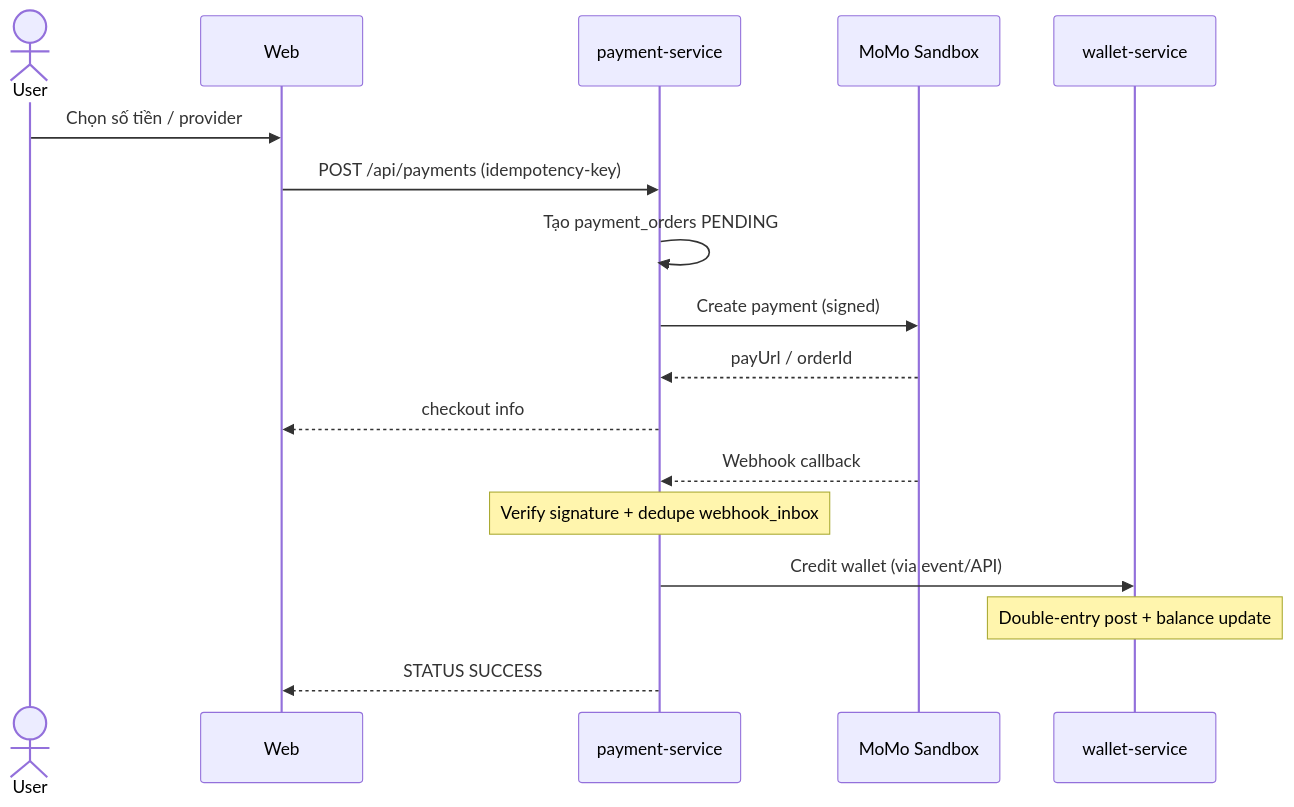
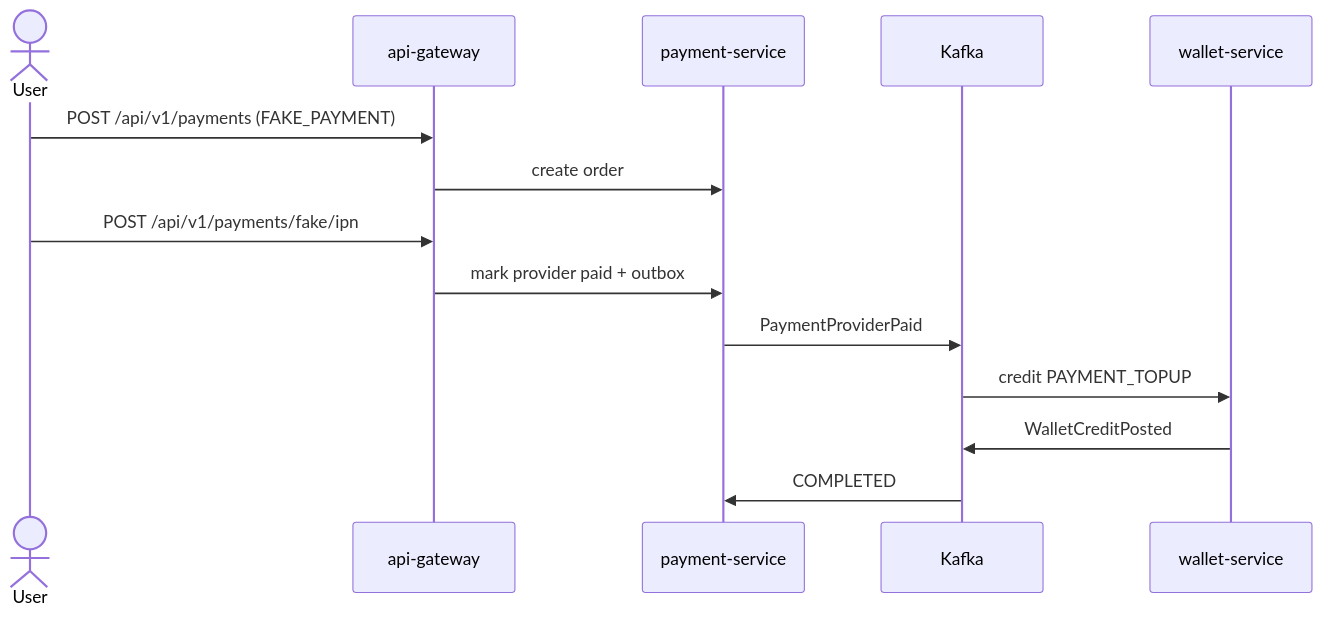
One commit to HuuThanh1610/family-finance-platform changed the first of 2 diagrams in docs/architecture/sequences.md. Above: the diagram before and after it, drawn with Mermaid. The commit also changed other lines of this file and 6 other files, not shown here.

First line of the commit message:
docs: reconcile stale architecture claims with verified source

````diff
--- a/docs/architecture/sequences.md
+++ b/docs/architecture/sequences.md
@@ -5,19 +12,16 @@
 ```mermaid
 sequenceDiagram
   actor User
-  participant Web
-  participant Payment as payment-service
-  participant Provider as MoMo Sandbox
-  participant Wallet as wallet-service
-  User->>Web: Chọn số tiền / provider
-  Web->>Payment: POST /api/payments (idempotency-key)
-  Payment->>Payment: Tạo payment_orders PENDING
-  Payment->>Provider: Create payment (signed)
-  Provider-->>Payment: payUrl / orderId
-  Payment-->>Web: checkout info
-  Provider-->>Payment: Webhook callback
-  Note over Payment: Verify signature + dedupe webhook_inbox
-  Payment->>Wallet: Credit wallet (via event/API)
-  Note over Wallet: Double-entry post + balance update
-  Payment-->>Web: STATUS SUCCESS
+  participant GW as api-gateway
+  participant Pay as payment-service
+  participant K as Kafka
+  participant Wal as wallet-service
+  User->>GW: POST /api/v1/payments (FAKE_PAYMENT)
+  GW->>Pay: create order
+  User->>GW: POST /api/v1/payments/fake/ipn
+  GW->>Pay: mark provider paid + outbox
+  Pay->>K: PaymentProviderPaid
+  K->>Wal: credit PAYMENT_TOPUP
+  Wal->>K: WalletCreditPosted
+  K->>Pay: COMPLETED
 ```
````
